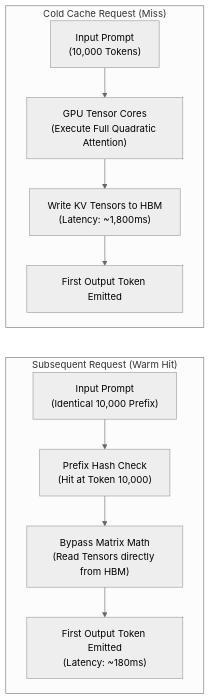
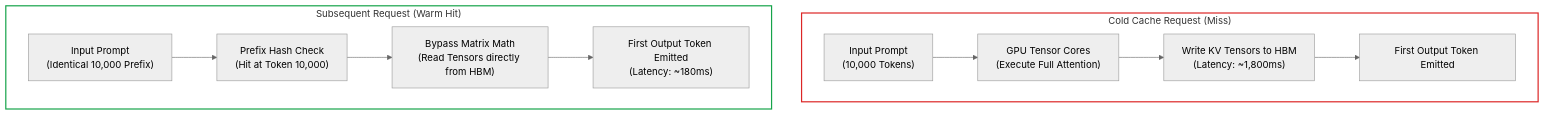
The first of 2 diagrams in 01-prompt-and-context-engineering/03-prefix-and-prompt-caching.md (dip4k/senior-engineer-to-ai-engineer-roadmap), drawn with Mermaid (neutral theme) before and after one commit. The commit also changed other lines of this file and 49 other files, not shown here.

````diff
--- a/01-prompt-and-context-engineering/03-prefix-and-prompt-caching.md
+++ b/01-prompt-and-context-engineering/03-prefix-and-prompt-caching.md
@@ -58,16 +72,17 @@
 ```mermaid
 flowchart TD
     subgraph ColdRequest["Cold Cache Request (Miss)"]
-        P1["Input Prompt<br>(10,000 Tokens)"] --> GPU1["GPU Tensor Cores<br>(Execute Full Quadratic Attention)"]
+        P1["Input Prompt<br>(10,000 Tokens)"] --> GPU1["GPU Tensor Cores<br>(Execute Full Attention)"]
         GPU1 --> VRAM1["Write KV Tensors to HBM<br>(Latency: ~1,800ms)"]
         VRAM1 --> Out1["First Output Token Emitted"]
     end
 
     subgraph WarmRequest["Subsequent Request (Warm Hit)"]
         P2["Input Prompt<br>(Identical 10,000 Prefix)"] --> Match["Prefix Hash Check<br>(Hit at Token 10,000)"]
         Match --> Bypass["Bypass Matrix Math<br>(Read Tensors directly from HBM)"]
         Bypass --> Out2["First Output Token Emitted<br>(Latency: ~180ms)"]
     end
 
-    Out1 ~~~ P2
+    style ColdRequest fill:none,stroke:#dc2626,stroke-width:2px
+    style WarmRequest fill:none,stroke:#16a34a,stroke-width:2px
 ```
````
